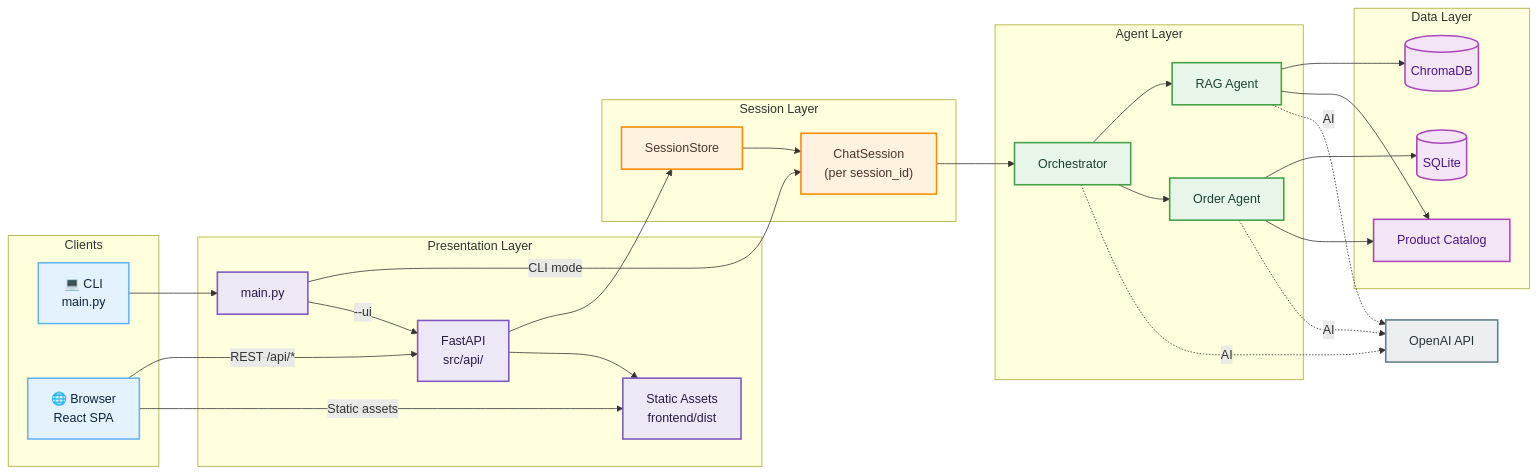
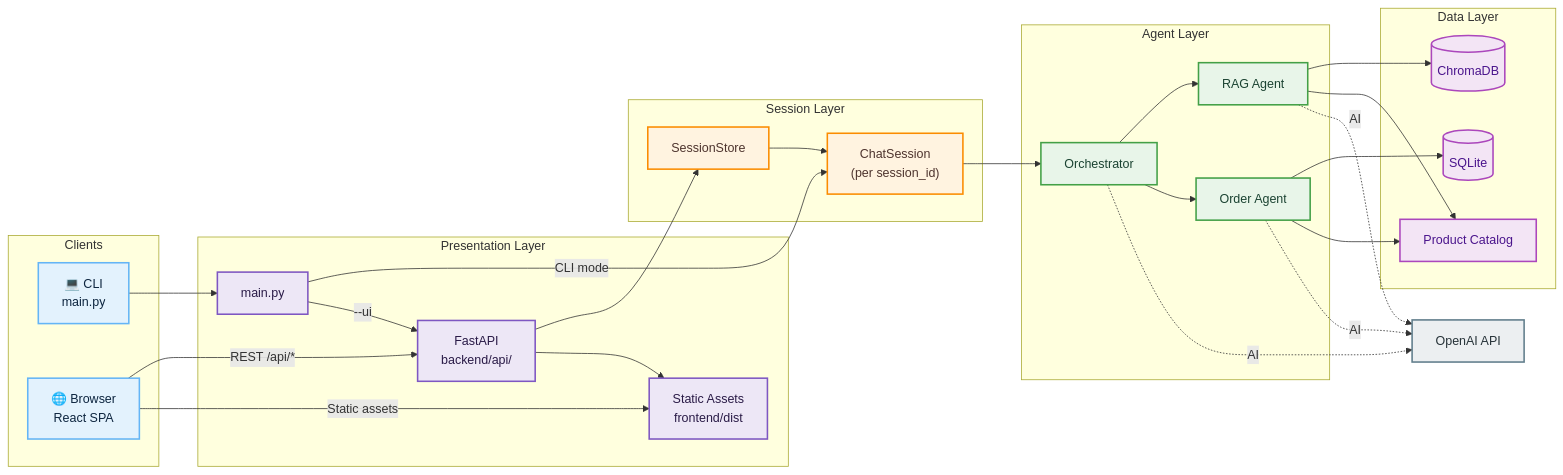
Before and after one commit to thecodingpoet/cecilia.ai: the first of 2 diagrams in docs/architecture.md, drawn with Mermaid. The commit also changed other lines of this file and 24 other files, not shown here.

Commit message:
Rename src to backend

```diff
--- a/docs/architecture.md
+++ b/docs/architecture.md
@@ -45,7 +45,7 @@
     %% =========================
     subgraph PRESENTATION["Presentation Layer"]
         Main["main.py"]
-        API["FastAPI<br/>src/api/"]
+        API["FastAPI<br/>backend/api/"]
         Static["Static Assets<br/>frontend/dist"]
     end
 
```
